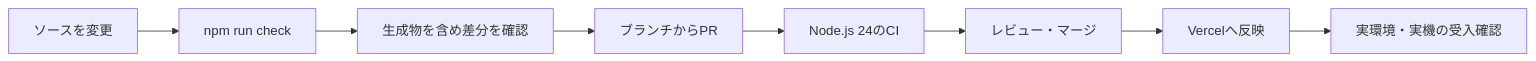
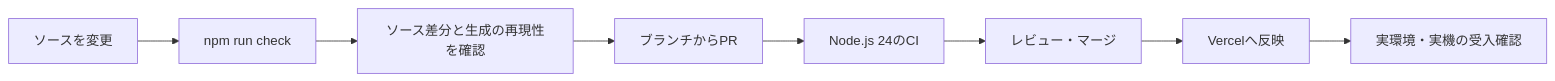
The seventh of 7 diagrams in README.md (bright-broom/Relay), drawn with Mermaid before and after one commit. The commit also changed other lines of this file and 111 other files, not shown here.

````diff
--- a/README.md
+++ b/README.md
@@ -244,10 +244,10 @@
 ```mermaid
 flowchart LR
     source["ソースを変更"] --> check["npm run check"]
-    check --> generated["生成物を含め差分を確認"]
+    check --> generated["ソース差分と生成の再現性を確認"]
     generated --> pr["ブランチからPR"]
     pr --> ci["Node.js 24のCI"]
     ci --> review["レビュー・マージ"]
     review --> deploy["Vercelへ反映"]
     deploy --> acceptance["実環境・実機の受入確認"]
 ```
````
